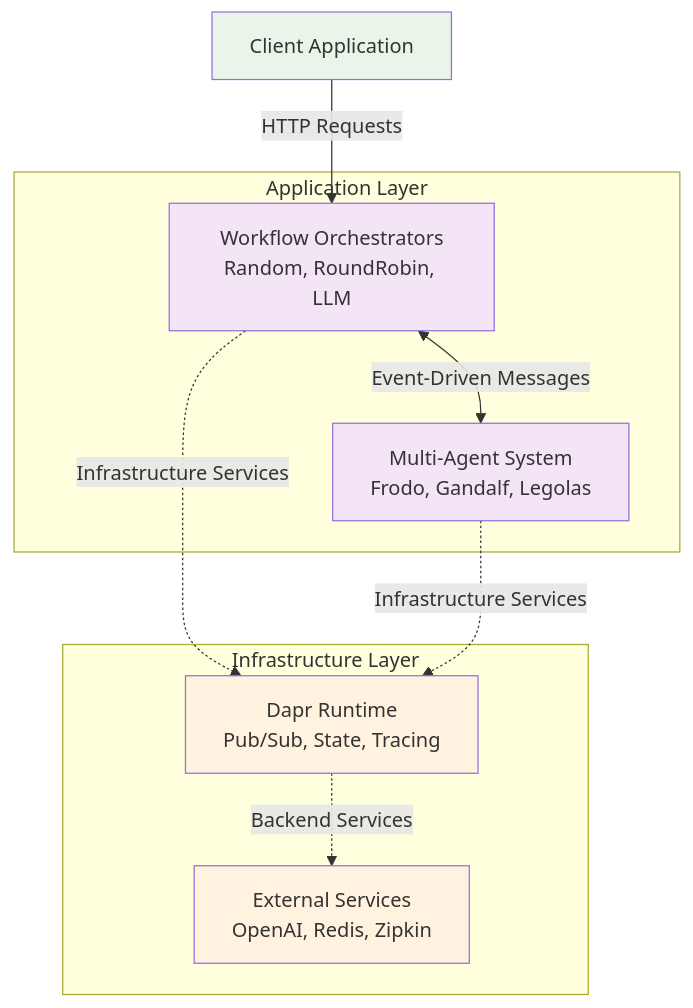
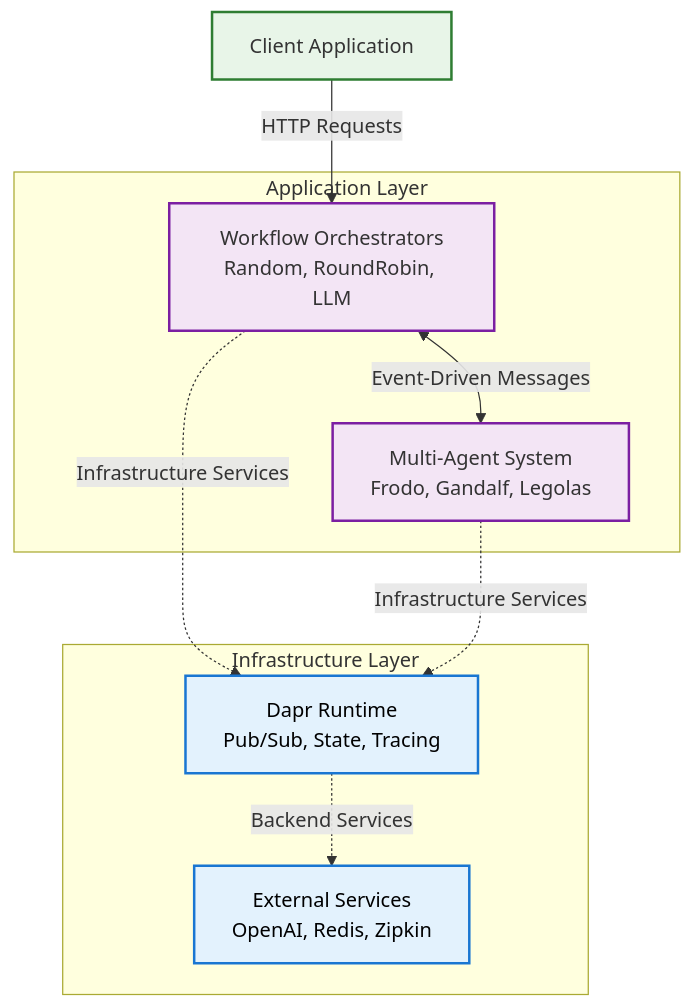
One commit to dwking2000/dapr-agents-experiments changed the first of 6 diagrams in quickstarts/05-multi-agent-workflows/README.md. Above: the diagram before and after it, drawn with Mermaid. The commit also changed other lines of this file and 2 other files, not shown here.

````diff
--- a/quickstarts/05-multi-agent-workflows/README.md
+++ b/quickstarts/05-multi-agent-workflows/README.md
@@ -63,28 +63,28 @@
 ```mermaid
 graph TB
     Client[Client Application] 
     
     subgraph "Application Layer"
         Orchestrators[Workflow Orchestrators<br/>Random, RoundRobin, LLM]
         Agents[Multi-Agent System<br/>Frodo, Gandalf, Legolas]
     end
     
     subgraph "Infrastructure Layer"
         Dapr[Dapr Runtime<br/>Pub/Sub, State, Tracing]
         External[External Services<br/>OpenAI, Redis, Zipkin]
     end
 
     Client -->|HTTP Requests| Orchestrators
     Orchestrators <-->|Event-Driven Messages| Agents
     Orchestrators -.->|Infrastructure Services| Dapr
     Agents -.->|Infrastructure Services| Dapr
     Dapr -.->|Backend Services| External
 
-    classDef client fill:#e8f5e8
-    classDef app fill:#f3e5f5
-    classDef infra fill:#fff3e0
+    classDef client fill:#e8f5e8,stroke:#2e7d32,stroke-width:2px
+    classDef app fill:#f3e5f5,stroke:#7b1fa2,stroke-width:2px
+    classDef infra fill:#e3f2fd,stroke:#1976d2,stroke-width:2px,color:#000
 
     class Client client
     class Orchestrators,Agents app
     class Dapr,External infra
 ```
````
